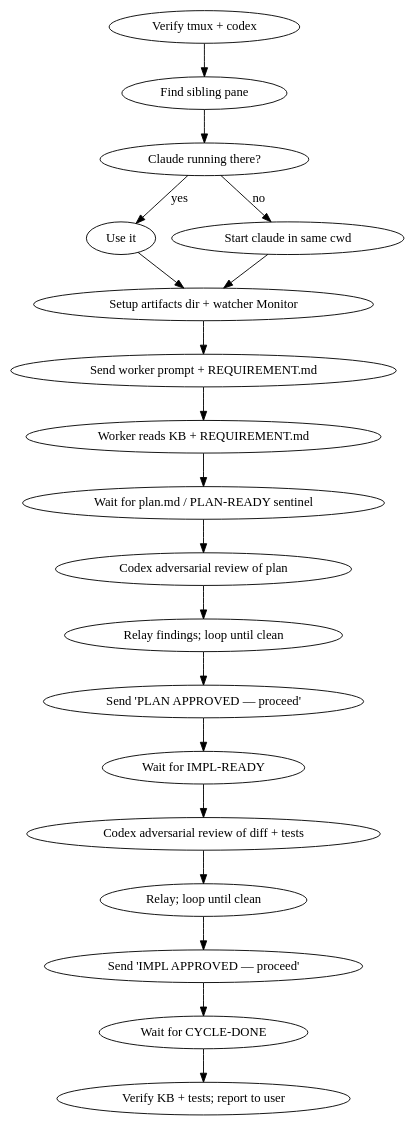
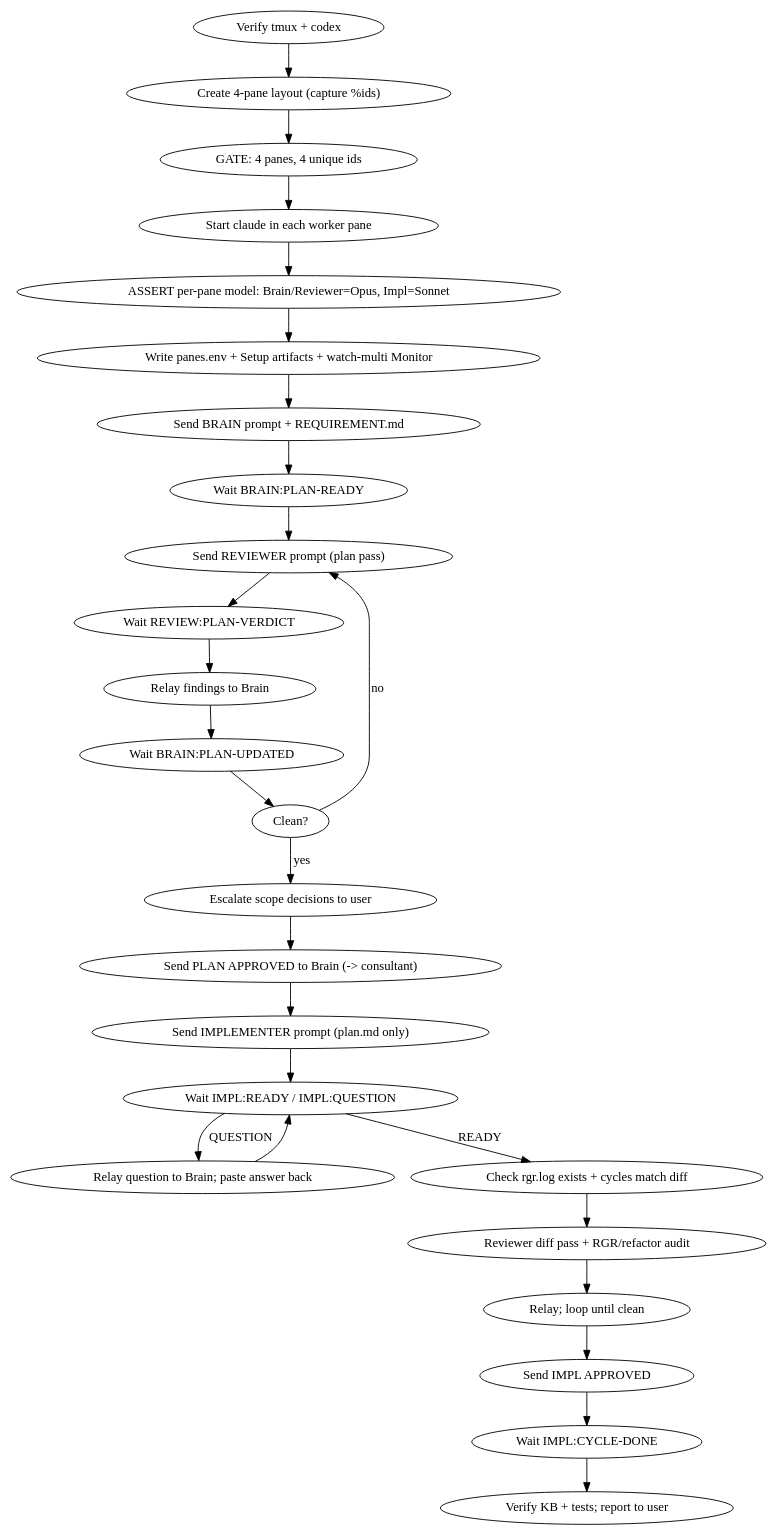
The diagram in skills/tmux-worker-loop/SKILL.md (chermosillo-lkmx/ronin), drawn with Graphviz before and after one commit. The commit also changed other lines of this file and 30 other files, not shown here.

````diff
--- a/skills/tmux-worker-loop/SKILL.md
+++ b/skills/tmux-worker-loop/SKILL.md
@@ -30,22 +62,31 @@
 ```dot
 digraph workflow {
-  "Verify tmux + codex" -> "Find sibling pane";
-  "Find sibling pane" -> "Claude running there?";
-  "Claude running there?" -> "Use it" [label="yes"];
-  "Claude running there?" -> "Start claude in same cwd" [label="no"];
-  "Use it" -> "Setup artifacts dir + watcher Monitor";
-  "Start claude in same cwd" -> "Setup artifacts dir + watcher Monitor";
-  "Setup artifacts dir + watcher Monitor" -> "Send worker prompt + REQUIREMENT.md";
-  "Send worker prompt + REQUIREMENT.md" -> "Worker reads KB + REQUIREMENT.md";
-  "Worker reads KB + REQUIREMENT.md" -> "Wait for plan.md / PLAN-READY sentinel";
-  "Wait for plan.md / PLAN-READY sentinel" -> "Codex adversarial review of plan";
-  "Codex adversarial review of plan" -> "Relay findings; loop until clean";
-  "Relay findings; loop until clean" -> "Send 'PLAN APPROVED — proceed'";
-  "Send 'PLAN APPROVED — proceed'" -> "Wait for IMPL-READY";
-  "Wait for IMPL-READY" -> "Codex adversarial review of diff + tests";
-  "Codex adversarial review of diff + tests" -> "Relay; loop until clean";
-  "Relay; loop until clean" -> "Send 'IMPL APPROVED — proceed'";
-  "Send 'IMPL APPROVED — proceed'" -> "Wait for CYCLE-DONE";
-  "Wait for CYCLE-DONE" -> "Verify KB + tests; report to user";
+  "Verify tmux + codex" -> "Create 4-pane layout (capture %ids)";
+  "Create 4-pane layout (capture %ids)" -> "GATE: 4 panes, 4 unique ids";
+  "GATE: 4 panes, 4 unique ids" -> "Start claude in each worker pane";
+  "Start claude in each worker pane" -> "ASSERT per-pane model: Brain/Reviewer=Opus, Impl=Sonnet";
+  "ASSERT per-pane model: Brain/Reviewer=Opus, Impl=Sonnet" -> "Write panes.env + Setup artifacts + watch-multi Monitor";
+  "Write panes.env + Setup artifacts + watch-multi Monitor" -> "Send BRAIN prompt + REQUIREMENT.md";
+  "Send BRAIN prompt + REQUIREMENT.md" -> "Wait BRAIN:PLAN-READY";
+
+  "Wait BRAIN:PLAN-READY" -> "Send REVIEWER prompt (plan pass)";
+  "Send REVIEWER prompt (plan pass)" -> "Wait REVIEW:PLAN-VERDICT";
+  "Wait REVIEW:PLAN-VERDICT" -> "Relay findings to Brain";
+  "Relay findings to Brain" -> "Wait BRAIN:PLAN-UPDATED";
+  "Wait BRAIN:PLAN-UPDATED" -> "Clean?";
+  "Clean?" -> "Send REVIEWER prompt (plan pass)" [label="no"];
+  "Clean?" -> "Escalate scope decisions to user" [label="yes"];
+  "Escalate scope decisions to user" -> "Send PLAN APPROVED to Brain (-> consultant)";
+
+  "Send PLAN APPROVED to Brain (-> consultant)" -> "Send IMPLEMENTER prompt (plan.md only)";
+  "Send IMPLEMENTER prompt (plan.md only)" -> "Wait IMPL:READY / IMPL:QUESTION";
+  "Wait IMPL:READY / IMPL:QUESTION" -> "Relay question to Brain; paste answer back" [label="QUESTION"];
+  "Relay question to Brain; paste answer back" -> "Wait IMPL:READY / IMPL:QUESTION";
+  "Wait IMPL:READY / IMPL:QUESTION" -> "Check rgr.log exists + cycles match diff" [label="READY"];
+  "Check rgr.log exists + cycles match diff" -> "Reviewer diff pass + RGR/refactor audit";
+  "Reviewer diff pass + RGR/refactor audit" -> "Relay; loop until clean";
+  "Relay; loop until clean" -> "Send IMPL APPROVED";
+  "Send IMPL APPROVED" -> "Wait IMPL:CYCLE-DONE";
+  "Wait IMPL:CYCLE-DONE" -> "Verify KB + tests; report to user";
 }
 ```
````
